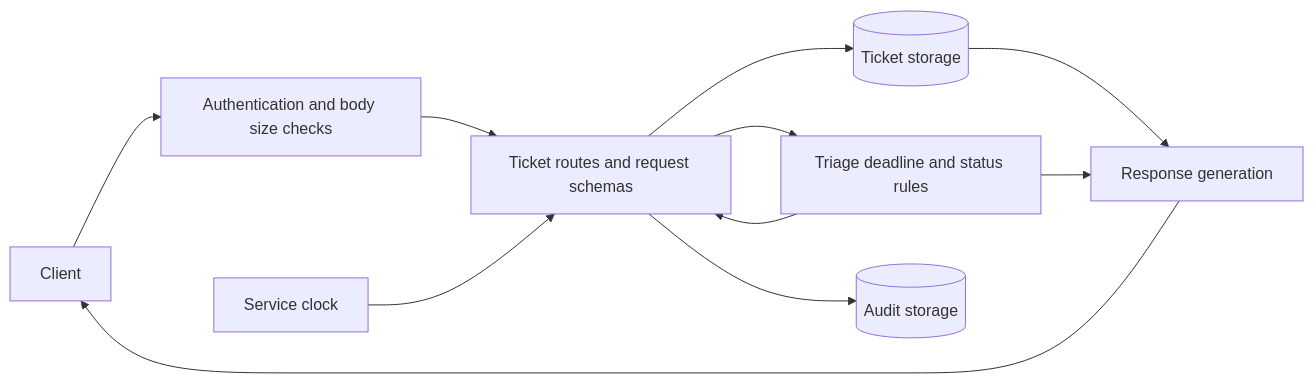
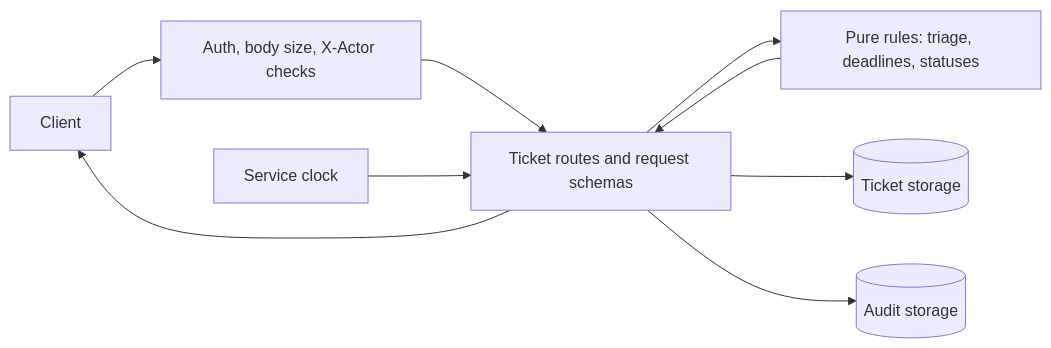
One commit to team17-ece30861/cra-service changed the second of 2 diagrams in docs/phase3.md. Above: the diagram before and after it, drawn with Mermaid. The commit also changed other lines of this file and 3 other files, not shown here.

````diff
--- a/docs/phase3.md
+++ b/docs/phase3.md
@@ -75,13 +102,11 @@
 ```mermaid
 flowchart LR
-    Client --> Platform[Authentication and body size checks]
+    Client --> Platform[Auth, body size, X-Actor checks]
     Platform --> API[Ticket routes and request schemas]
+    API --> Domain[Pure rules: triage, deadlines, statuses]
+    Domain --> API
     API --> Ticket[(Ticket storage)]
-    API --> Domain[Triage deadline and status rules]
-    Domain --> API
     API --> Audit[(Audit storage)]
-    Ticket --> Output[Response generation]
-    Domain --> Output
-    Output --> Client
     Clock[Service clock] --> API
+    API --> Client
 ```
````
